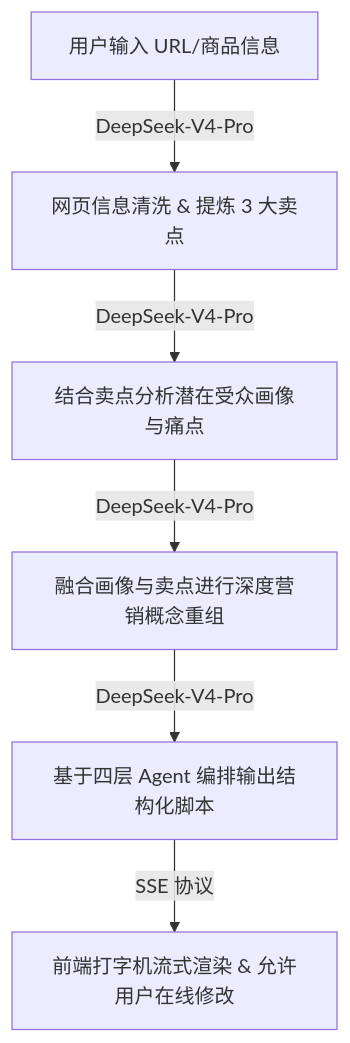
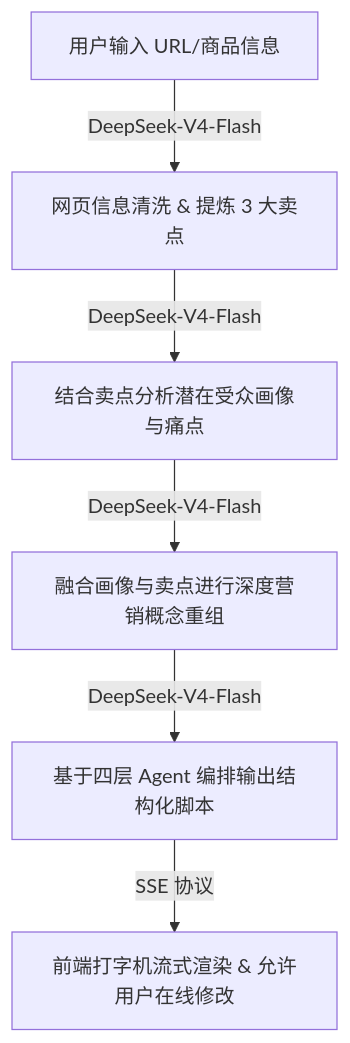
Before and after one commit to Hibiscus00/Shopro-AI: the second of 2 diagrams in docs/GMI.md, drawn with Mermaid. The commit also changed other lines of this file and 8 other files, not shown here.

Commit message:
feat: implement DeepSeek-V4-Pro proxy Edge Function, add SSE stream handling utilities, and integrate direct API fallback support.

````diff
--- a/docs/GMI.md
+++ b/docs/GMI.md
@@ -139,8 +139,8 @@
 ```mermaid
 graph TD
-    A[用户输入 URL/商品信息] -->|DeepSeek-V4-Pro| B[网页信息清洗 & 提炼 3 大卖点]
-    B -->|DeepSeek-V4-Pro| C[结合卖点分析潜在受众画像与痛点]
-    C -->|DeepSeek-V4-Pro| D[融合画像与卖点进行深度营销概念重组]
-    D -->|DeepSeek-V4-Pro| E[基于四层 Agent 编排输出结构化脚本]
+    A[用户输入 URL/商品信息] -->|DeepSeek-V4-Flash| B[网页信息清洗 & 提炼 3 大卖点]
+    B -->|DeepSeek-V4-Flash| C[结合卖点分析潜在受众画像与痛点]
+    C -->|DeepSeek-V4-Flash| D[融合画像与卖点进行深度营销概念重组]
+    D -->|DeepSeek-V4-Flash| E[基于四层 Agent 编排输出结构化脚本]
     E -->|SSE 协议| F[前端打字机流式渲染 & 允许用户在线修改]
 ```
````
